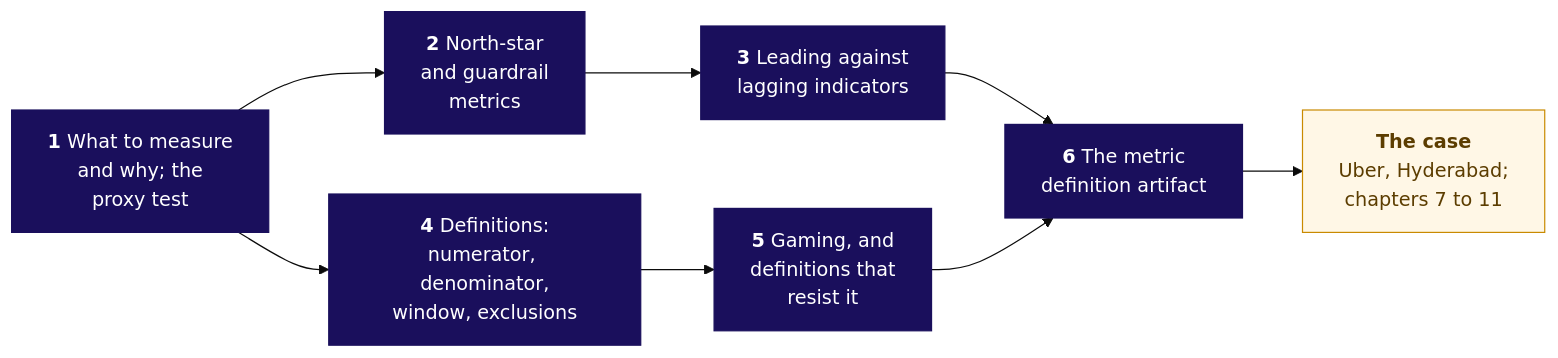
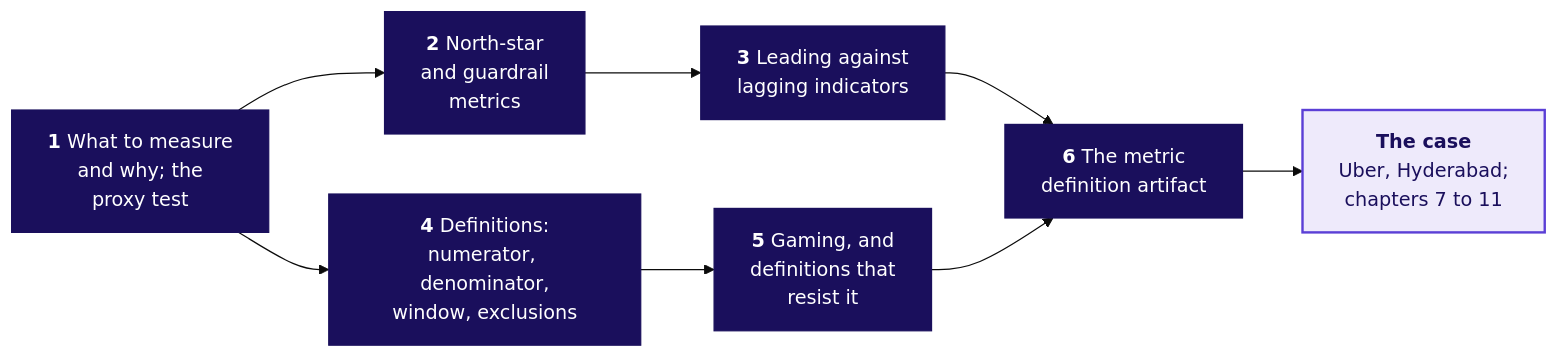
Before and after one commit to fde-academy-lab/c2-content-factory: the diagram in content/W04/D1/study-notes/C2_W04_D01_notes_STUDENT.md, drawn with Mermaid (base theme). The commit also changed other lines of this file and 22 other files, not shown here.

````diff
--- a/content/W04/D1/study-notes/C2_W04_D01_notes_STUDENT.md
+++ b/content/W04/D1/study-notes/C2_W04_D01_notes_STUDENT.md
@@ -25,14 +25,14 @@
 ```mermaid
 flowchart LR
     C1["<b>1</b> What to measure<br/>and why; the<br/>proxy test"] --> C2["<b>2</b> North-star<br/>and guardrail<br/>metrics"]
     C2 --> C3["<b>3</b> Leading against<br/>lagging indicators"]
     C1 --> C4["<b>4</b> Definitions:<br/>numerator, denominator,<br/>window, exclusions"]
     C4 --> C5["<b>5</b> Gaming, and<br/>definitions that<br/>resist it"]
     C3 --> C6["<b>6</b> The metric<br/>definition artifact"]
     C5 --> C6
     C6 --> U["<b>The case</b><br/>Uber, Hyderabad;<br/>chapters 7 to 11"]
     classDef lit fill:#1A0F5C,stroke:#1A0F5C,color:#FFFFFF
-    classDef kalpa fill:#FFF7E6,stroke:#C98A00,color:#5C3D00
+    classDef known fill:#EEEAFB,stroke:#5B3FD6,color:#1A0F5C,stroke-width:2px
     class C1,C2,C3,C4,C5,C6 lit
-    class U kalpa
+    class U known
 ```
````
